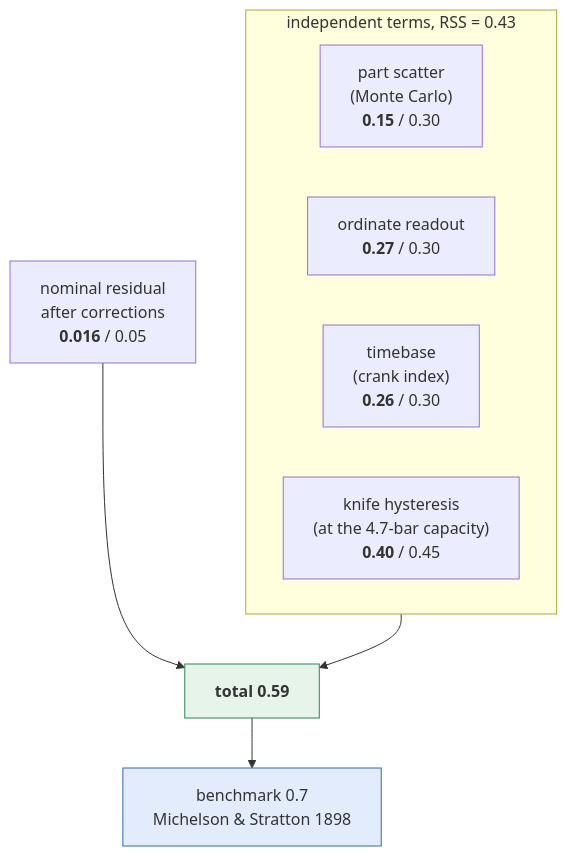
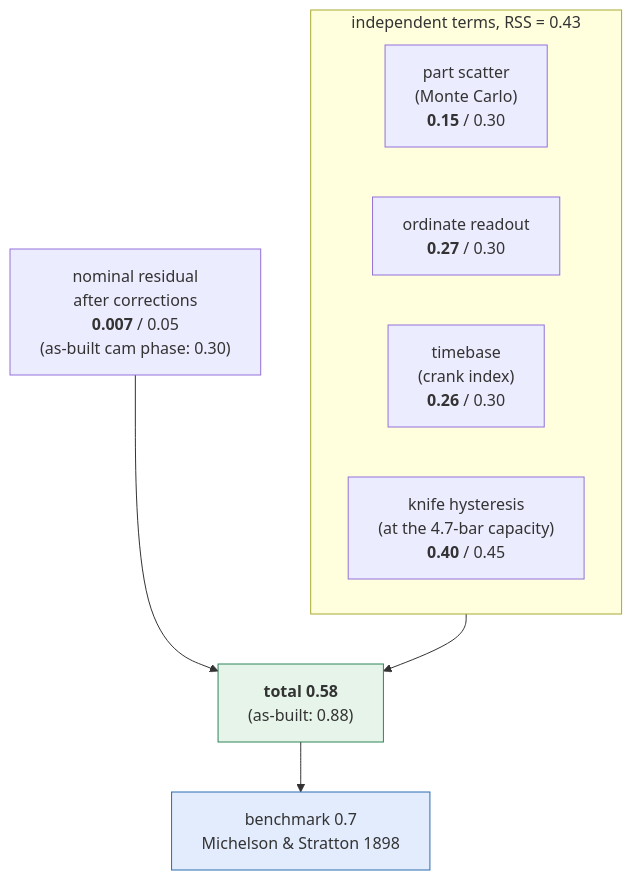
One commit to pedropaulovc/harmonic-analyzer changed the third of 4 diagrams in cad/docs/tolerance-policy.md. Above: the diagram before and after it, drawn with Mermaid. The commit also changed other lines of this file and 9 other files, not shown here.

First line of the commit message:
cad: the cam shaft axis is fixed by the frame; the as-built 1.5 deg cam home phase is scored and waived; stick note 5 removed

````diff
--- a/cad/docs/tolerance-policy.md
+++ b/cad/docs/tolerance-policy.md
@@ -307,16 +310,16 @@
 ```mermaid
 flowchart TB
     subgraph rss["independent terms, RSS = 0.43"]
         direction LR
         s["part scatter<br/>(Monte Carlo)<br/><b>0.15</b> / 0.30"]
         r["ordinate readout<br/><b>0.27</b> / 0.30"]
         t["timebase<br/>(crank index)<br/><b>0.26</b> / 0.30"]
         k["knife hysteresis<br/>(at the 4.7-bar capacity)<br/><b>0.40</b> / 0.45"]
     end
-    n["nominal residual<br/>after corrections<br/><b>0.016</b> / 0.05"]
-    rss --> total["<b>total 0.59</b>"]
+    n["nominal residual<br/>after corrections<br/><b>0.007</b> / 0.05<br/>(as-built cam phase: 0.30)"]
+    rss --> total["<b>total 0.58</b><br/>(as-built: 0.88)"]
     n --> total
     total --> bench["benchmark 0.7<br/>Michelson & Stratton 1898"]
     style total fill:#e6f4ea,stroke:#2f855a
     style bench fill:#e2ecfd,stroke:#2b6cb0
 ```
````
